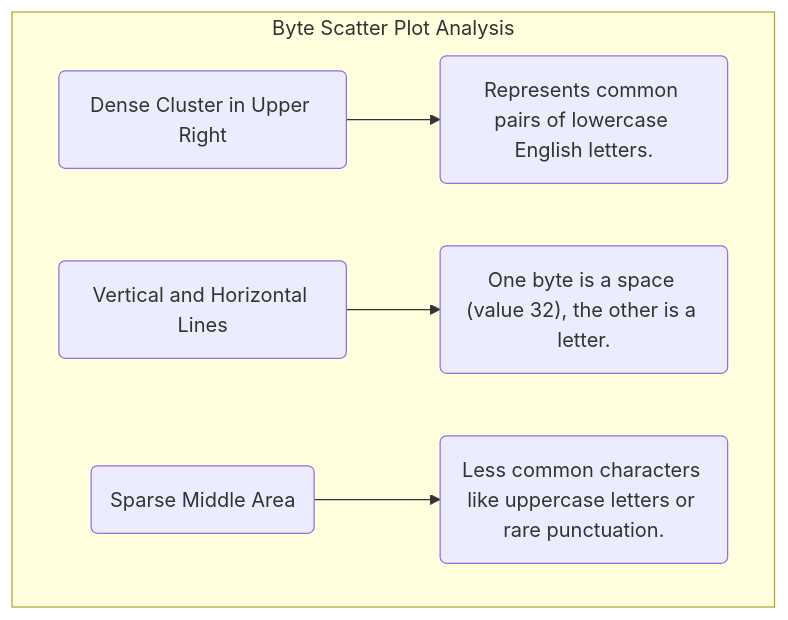
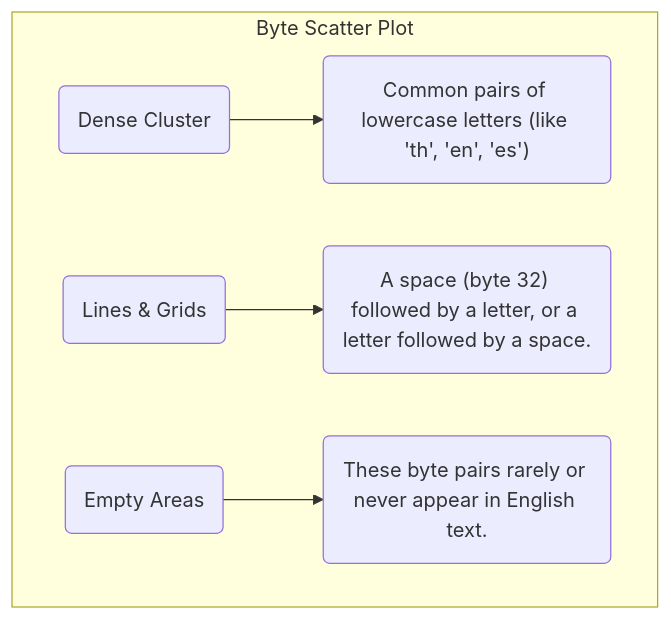
One commit to eltay89/eltay89.github.io changed the first of 2 diagrams in _posts/2025-08-22-analyzing-bytes-for-llms.md. Above: the diagram before and after it, drawn with Mermaid. The commit also changed other lines of this file, not shown here.

````diff
--- a/_posts/2025-08-22-analyzing-bytes-for-llms.md
+++ b/_posts/2025-08-22-analyzing-bytes-for-llms.md
@@ -64,8 +37,8 @@
 ```mermaid
 graph TD
-    subgraph "Byte Scatter Plot Analysis"
-        A("Dense Cluster in Upper Right") --> A1("Represents common pairs of lowercase English letters.");
-        B("Vertical and Horizontal Lines") --> B1("One byte is a space (value 32), the other is a letter.");
-        C("Sparse Middle Area") --> C1("Less common characters like uppercase letters or rare punctuation.");
+    subgraph "Byte Scatter Plot"
+        A("Dense Cluster") --> A1("Common pairs of lowercase letters (like 'th', 'en', 'es')");
+        B("Lines & Grids") --> B1("A space (byte 32) followed by a letter, or a letter followed by a space.");
+        C("Empty Areas") --> C1("These byte pairs rarely or never appear in English text.");
     end
 ```
````
